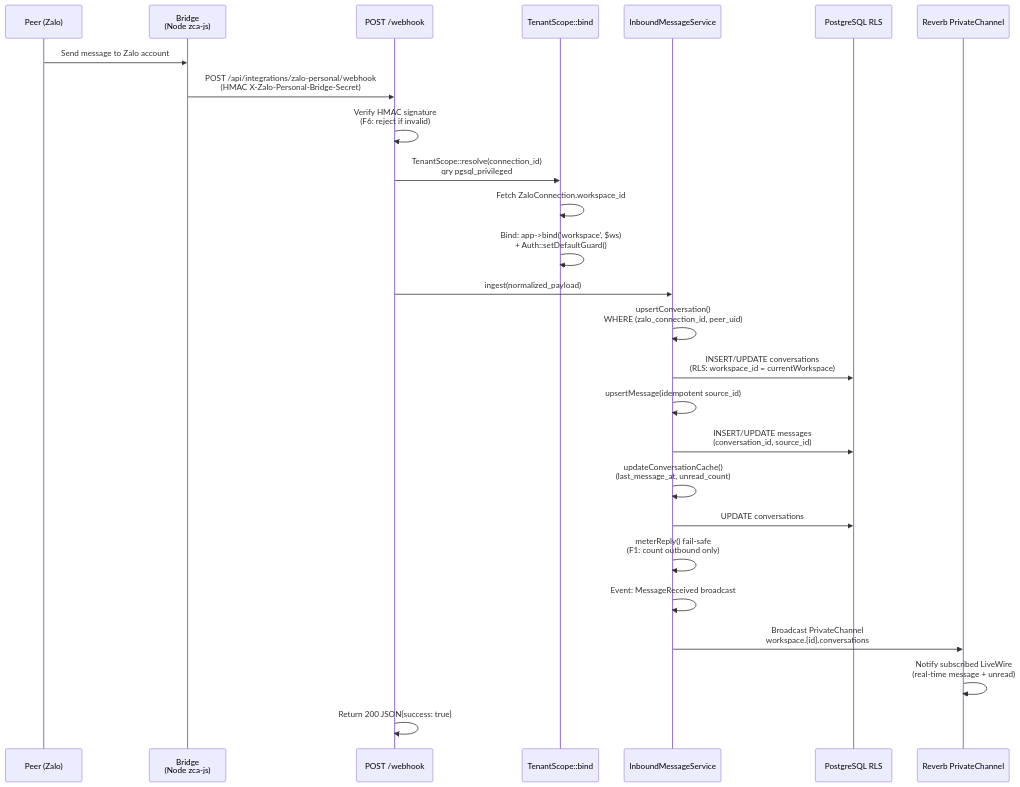
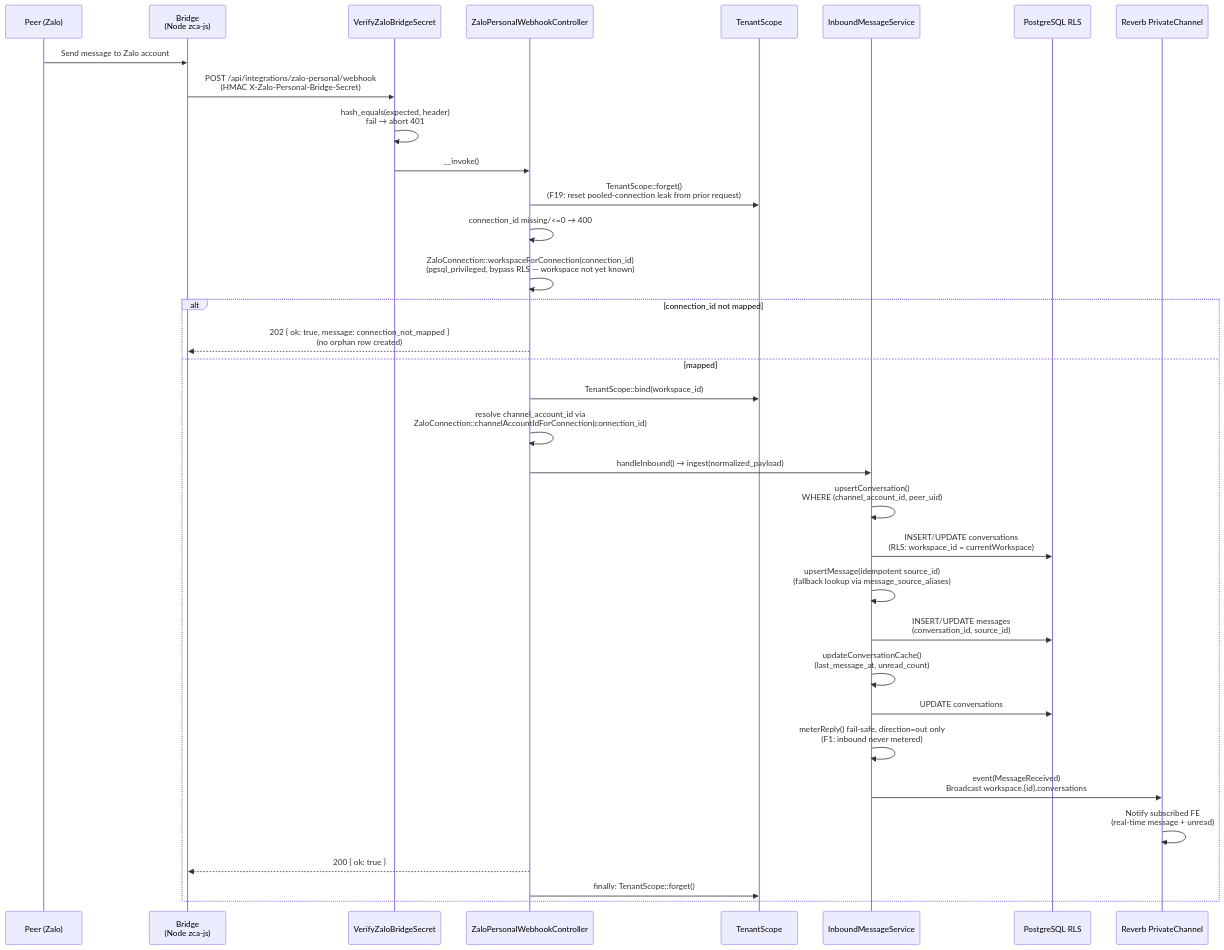
Before and after one commit to locdev-2001/yona: the diagram in docs/features/messaging/zalo-personal-inbox.md, drawn with Mermaid. The commit also changed other lines of this file and 292 other files, not shown here.

````diff
--- a/docs/features/messaging/zalo-personal-inbox.md
+++ b/docs/features/messaging/zalo-personal-inbox.md
@@ -31,37 +31,44 @@
 ```mermaid
 sequenceDiagram
     participant Peer as Peer (Zalo)
     participant Bridge as Bridge<br/>(Node zca-js)
-    participant Webhook as POST /webhook
-    participant TenantScope as TenantScope::bind
+    participant MW as VerifyZaloBridgeSecret
+    participant Webhook as ZaloPersonalWebhookController
+    participant TenantScope as TenantScope
     participant InboundSvc as InboundMessageService
     participant RLS as PostgreSQL RLS
     participant Reverb as Reverb PrivateChannel
 
     Peer->>Bridge: Send message to Zalo account
-    Bridge->>Webhook: POST /api/integrations/zalo-personal/webhook<br/>(HMAC X-Zalo-Personal-Bridge-Secret)
+    Bridge->>MW: POST /api/integrations/zalo-personal/webhook<br/>(HMAC X-Zalo-Personal-Bridge-Secret)
+    MW->>MW: hash_equals(expected, header)<br/>fail → abort 401
 
-    Webhook->>Webhook: Verify HMAC signature<br/>(F6: reject if invalid)
-    Webhook->>TenantScope: TenantScope::resolve(connection_id)<br/>qry pgsql_privileged
-    TenantScope->>TenantScope: Fetch ZaloConnection.workspace_id
-    TenantScope->>TenantScope: Bind: app->bind('workspace', $ws)<br/>+ Auth::setDefaultGuard()
-    
-    Webhook->>InboundSvc: ingest(normalized_payload)
-    
-    InboundSvc->>InboundSvc: upsertConversation()<br/>WHERE (zalo_connection_id, peer_uid)
-    InboundSvc->>RLS: INSERT/UPDATE conversations<br/>(RLS: workspace_id = currentWorkspace)
-    
-    InboundSvc->>InboundSvc: upsertMessage(idempotent source_id)
-    InboundSvc->>RLS: INSERT/UPDATE messages<br/>(conversation_id, source_id)
-    
-    InboundSvc->>InboundSvc: updateConversationCache()<br/>(last_message_at, unread_count)
-    InboundSvc->>RLS: UPDATE conversations
-    
-    InboundSvc->>InboundSvc: meterReply() fail-safe<br/>(F1: count outbound only)
-    InboundSvc->>InboundSvc: Event: MessageReceived broadcast
-    
-    InboundSvc->>Reverb: Broadcast PrivateChannel<br/>workspace.{id}.conversations
-    Reverb->>Reverb: Notify subscribed LiveWire<br/>(real-time message + unread)
+    MW->>Webhook: __invoke()
+    Webhook->>TenantScope: TenantScope::forget()<br/>(F19: reset pooled-connection leak from prior request)
+    Webhook->>Webhook: connection_id missing/<=0 → 400
 
-    Webhook->>Webhook: Return 200 JSON{success: true}
+    Webhook->>Webhook: ZaloConnection::workspaceForConnection(connection_id)<br/>(pgsql_privileged, bypass RLS — workspace not yet known)
+    alt connection_id not mapped
+        Webhook-->>Bridge: 202 { ok: true, message: connection_not_mapped }<br/>(no orphan row created)
+    else mapped
+        Webhook->>TenantScope: TenantScope::bind(workspace_id)
+        Webhook->>Webhook: resolve channel_account_id via<br/>ZaloConnection::channelAccountIdForConnection(connection_id)
+        Webhook->>InboundSvc: handleInbound() → ingest(normalized_payload)
+
+        InboundSvc->>InboundSvc: upsertConversation()<br/>WHERE (channel_account_id, peer_uid)
+        InboundSvc->>RLS: INSERT/UPDATE conversations<br/>(RLS: workspace_id = currentWorkspace)
+
+        InboundSvc->>InboundSvc: upsertMessage(idempotent source_id)<br/>(fallback lookup via message_source_aliases)
+        InboundSvc->>RLS: INSERT/UPDATE messages<br/>(conversation_id, source_id)
+
+        InboundSvc->>InboundSvc: updateConversationCache()<br/>(last_message_at, unread_count)
+        InboundSvc->>RLS: UPDATE conversations
+
+        InboundSvc->>InboundSvc: meterReply() fail-safe, direction=out only<br/>(F1: inbound never metered)
+        InboundSvc->>Reverb: event(MessageReceived)<br/>Broadcast workspace.{id}.conversations
+        Reverb->>Reverb: Notify subscribed FE<br/>(real-time message + unread)
+
+        Webhook-->>Bridge: 200 { ok: true }
+        Webhook->>TenantScope: finally: TenantScope::forget()
+    end
 ```
````
